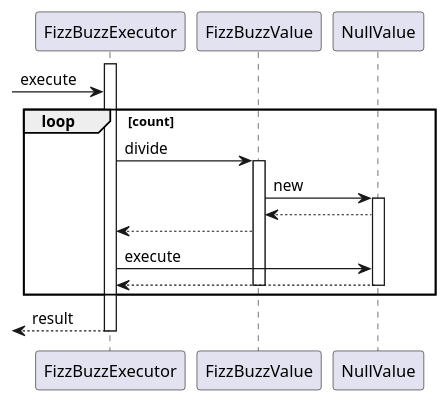
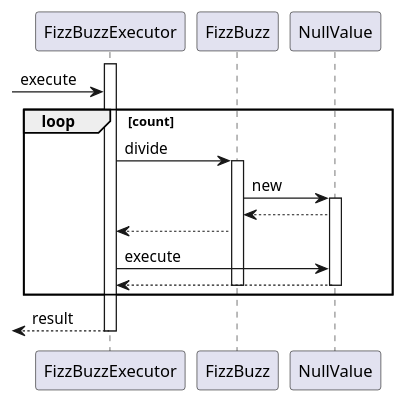
The fifth of 5 diagrams in docs/dev/_fizz_buzz.md (k2works/etude_for_ruby), drawn with PlantUML before and after one commit. The commit also changed other lines of this file and 8 other files, not shown here.

````diff
--- a/docs/dev/_fizz_buzz.md
+++ b/docs/dev/_fizz_buzz.md
@@ -129,20 +129,20 @@
 ```puml
 @startuml
 activate FizzBuzzExecutor
 -> FizzBuzzExecutor :execute
 loop count
-  FizzBuzzExecutor -> FizzBuzzValue :divide
-  activate FizzBuzzValue
-    FizzBuzzValue -> NullValue :new  
+  FizzBuzzExecutor -> FizzBuzz :divide
+  activate FizzBuzz
+    FizzBuzz -> NullValue :new  
     activate NullValue
-      NullValue --> FizzBuzzValue
-      FizzBuzzExecutor <-- FizzBuzzValue
+      NullValue --> FizzBuzz
+      FizzBuzzExecutor <-- FizzBuzz
       FizzBuzzExecutor -> NullValue :execute
       NullValue --> FizzBuzzExecutor
     deactivate NullValue
-  deactivate FizzBuzzValue
+  deactivate FizzBuzz
 end
 <-- FizzBuzzExecutor :result
 deactivate FizzBuzzExecutor
 @enduml
 ```
````
